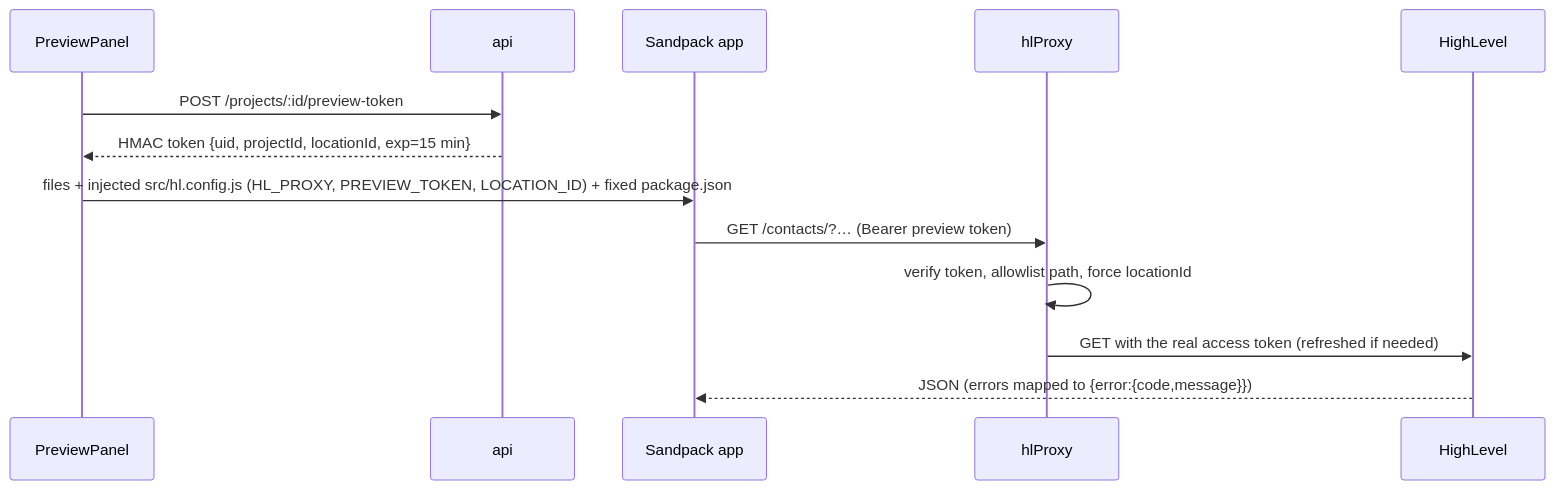
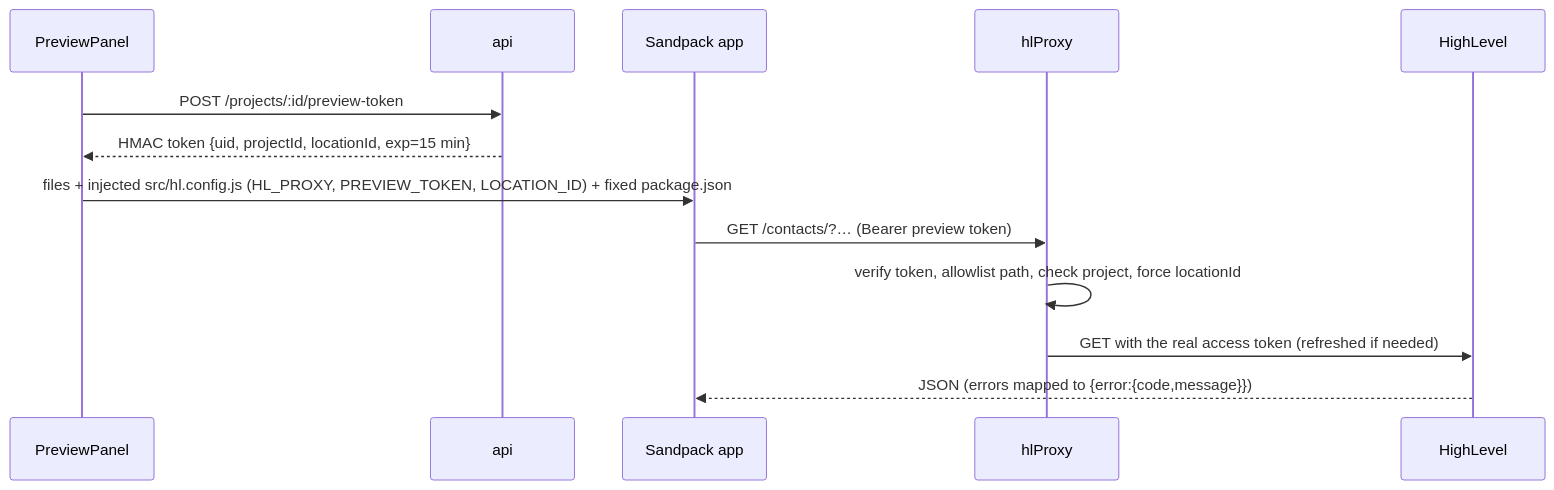
One commit to nirmalbenny/genesis changed the fifth of 5 diagrams in docs/ARCHITECTURE.md. Above: the diagram before and after it, drawn with Mermaid. The commit also changed other lines of this file and 3 other files, not shown here.

````diff
--- a/docs/ARCHITECTURE.md
+++ b/docs/ARCHITECTURE.md
@@ -291,15 +291,15 @@
 ```mermaid
 sequenceDiagram
   participant P as PreviewPanel
   participant API as api
   participant SB as Sandpack app
   participant PX as hlProxy
   participant HL as HighLevel
   P->>API: POST /projects/:id/preview-token
   API-->>P: HMAC token {uid, projectId, locationId, exp=15 min}
   P->>SB: files + injected src/hl.config.js (HL_PROXY, PREVIEW_TOKEN, LOCATION_ID) + fixed package.json
   SB->>PX: GET /contacts/?… (Bearer preview token)
-  PX->>PX: verify token, allowlist path, force locationId
+  PX->>PX: verify token, allowlist path, check project, force locationId
   PX->>HL: GET with the real access token (refreshed if needed)
   HL-->>SB: JSON (errors mapped to {error:{code,message}})
 ```
````
